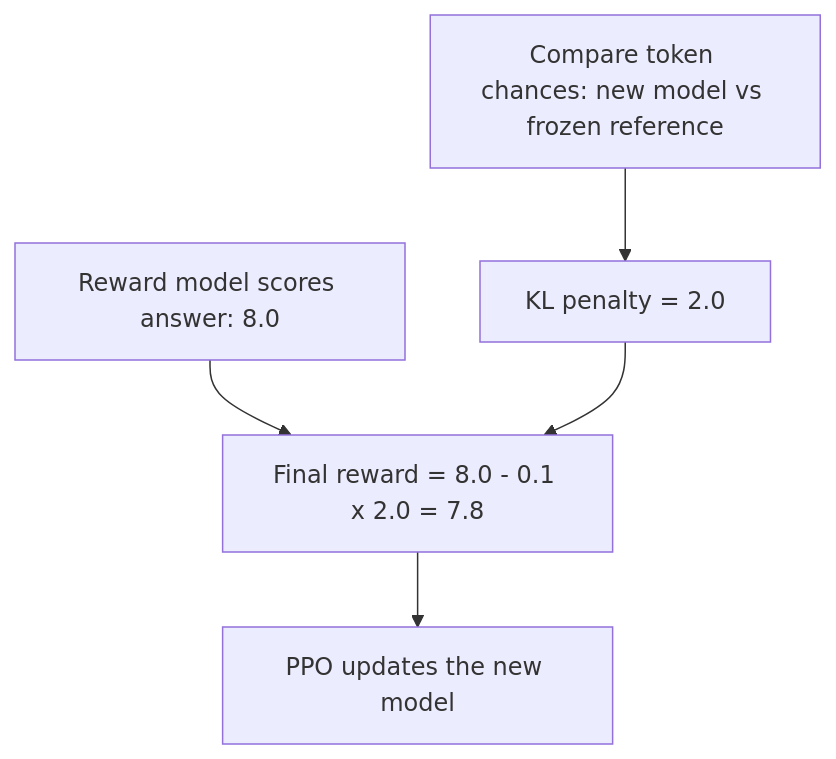
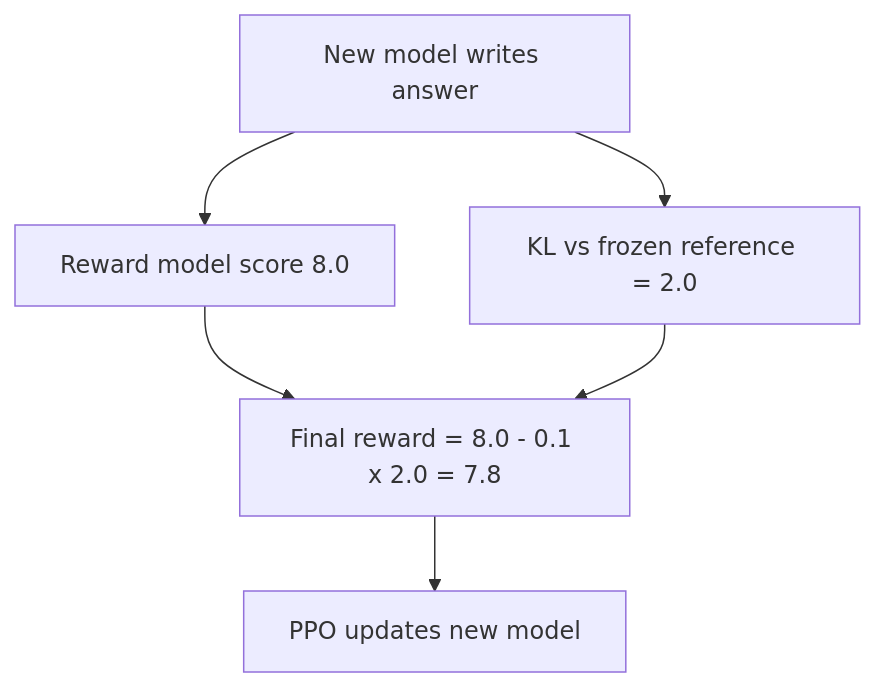
Before and after one commit to kaisarnajar/outcome-school-blogs: the second of 2 diagrams in notes/step-02-deep-learning-and-neural-networks/036-kl-divergence.md, drawn with Mermaid. The commit also changed other lines of this file and 233 other files, not shown here.

````diff
--- a/notes/step-02-deep-learning-and-neural-networks/036-kl-divergence.md
+++ b/notes/step-02-deep-learning-and-neural-networks/036-kl-divergence.md
@@ -49,7 +69,8 @@
 ```mermaid
 flowchart TD
-    A["Reward model scores answer: 8.0"] --> D["Final reward = 8.0 - 0.1 x 2.0 = 7.8"]
-    B["Compare token chances: new model vs frozen reference"] --> C["KL penalty = 2.0"]
-    C --> D
-    D --> E["PPO updates the new model"]
+    N["New model writes answer"] --> R["Reward model score 8.0"]
+    N --> K["KL vs frozen reference = 2.0"]
+    R --> F["Final reward = 8.0 - 0.1 x 2.0 = 7.8"]
+    K --> F
+    F --> P["PPO updates new model"]
 ```
````
